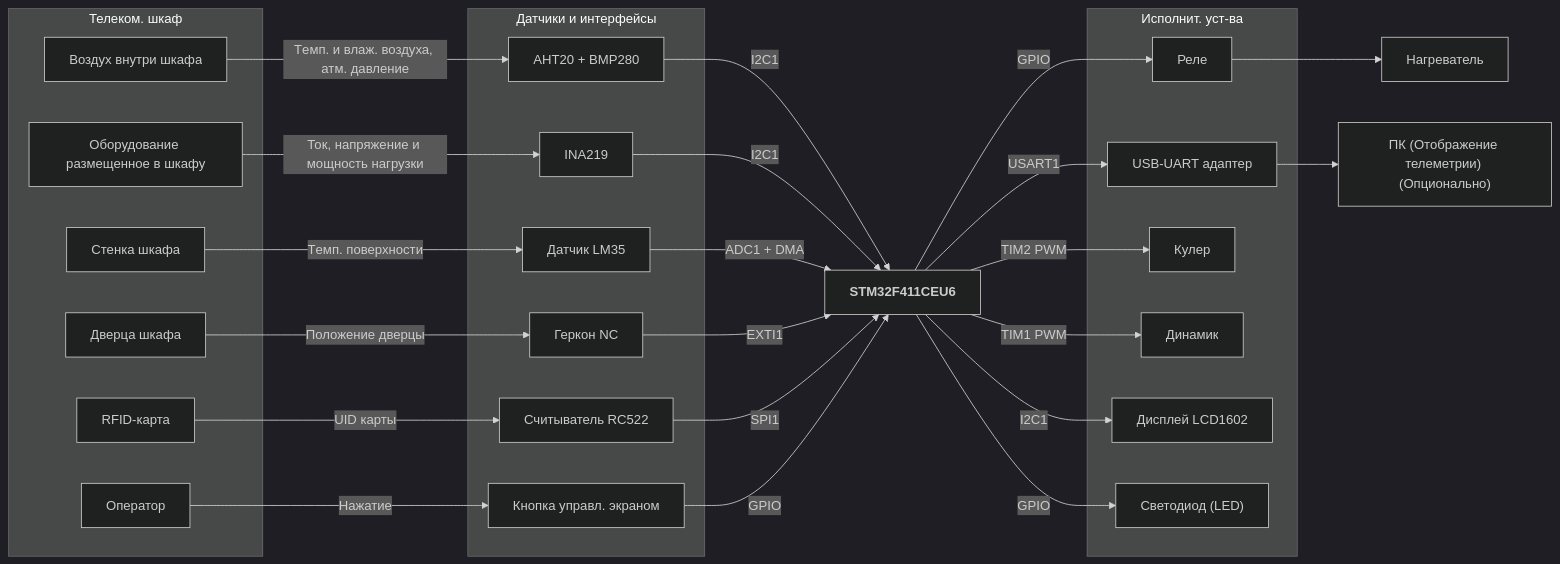
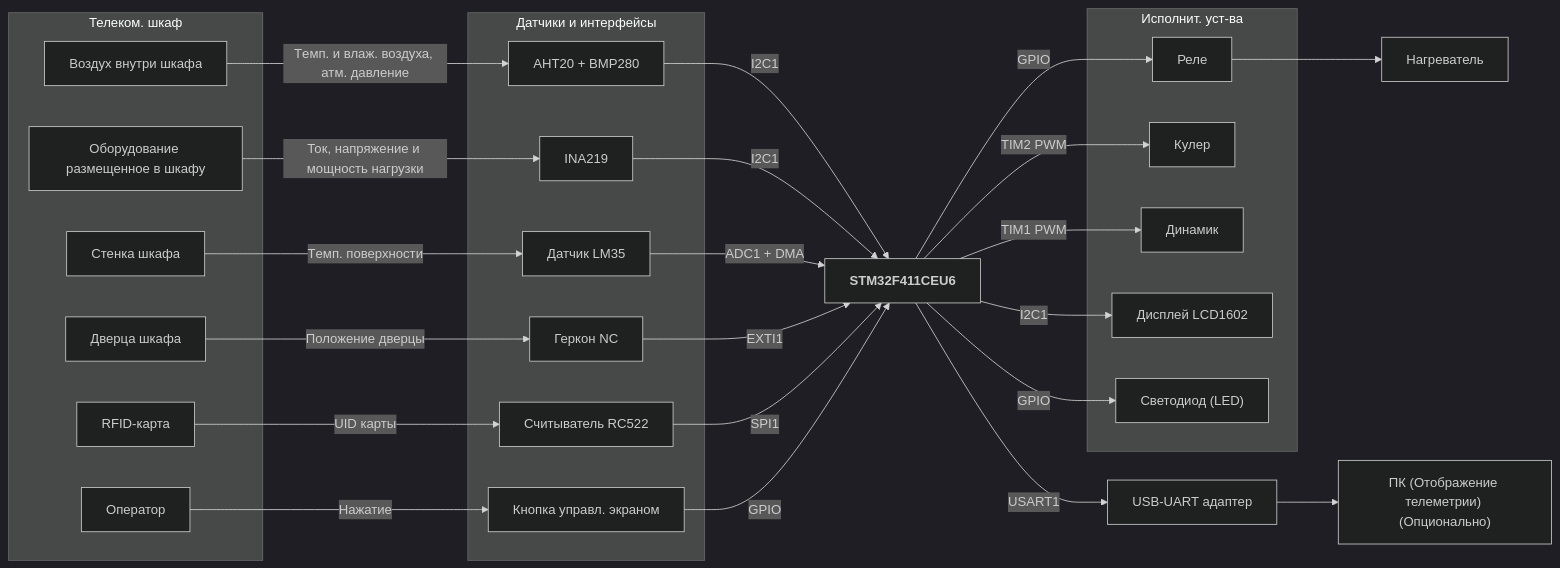
One commit to malcevandrew/Outdoor_Telecom_Cabinet changed the diagram in README.md. Above: the diagram before and after it, drawn with Mermaid (dark theme). The commit also changed other lines of this file, not shown here.

````diff
--- a/README.md
+++ b/README.md
@@ -23,60 +26,60 @@
 ```mermaid
 flowchart LR
     subgraph ENV ["Телеком. шкаф"]
         E1["Воздух внутри шкафа"]
         E2["Оборудование размещенное в шкафу"]
         E3["Стенка шкафа"]
         E5["Дверца шкафа"]
         E6["RFID-карта"]
         E7["Оператор"]
     end
 
     subgraph SENSORS ["Датчики и интерфейсы"]
         S1["AHT20 + BMP280"]
         S2["INA219"]
         S3["Датчик LM35"]
         S5["Геркон NC"]
         S6["Считыватель RC522"]
         S7["Кнопка управл. экраном"]
     end
 
     MCU["<b>STM32F411CEU6</b>"]
-
+A5["USB-UART адаптер"]
     subgraph ACTUATORS ["Исполнит. уст-ва"]
         
         A2["Реле"]
-            A5["USB-UART адаптер"]
+            
         A1["Кулер"]
         A3["Динамик"]
         A4["Дисплей LCD1602"]
     
         A6["Светодиод (LED)"]
     end
 
 
         L2["Нагреватель"]
         L5["ПК (Отображение телеметрии) (Опционально)"]
    
 
     E1 -->|Tемп. и влаж. воздуха, атм. давление| S1
     E2 -->|Ток, напряжение и мощность нагрузки| S2
     E3 -->|Tемп. поверхности| S3
     E5 -->|Положение дверцы| S5
     E6 -->|UID карты| S6
     E7 -->|Нажатие| S7
 
     S1 -->|I2C1| MCU
     S2 -->|I2C1| MCU
     S3 -->|ADC1 + DMA| MCU
 
     S5 -->|EXTI1| MCU
     S6 -->|SPI1| MCU
     S7 -->|GPIO| MCU
 
     MCU -->|GPIO| A2 --> L2
     MCU -->|USART1| A5 --> L5
     MCU -->|TIM2 PWM| A1
     MCU -->|TIM1 PWM| A3 
     MCU -->|I2C1| A4  
     MCU -->|GPIO| A6
 ```
````
